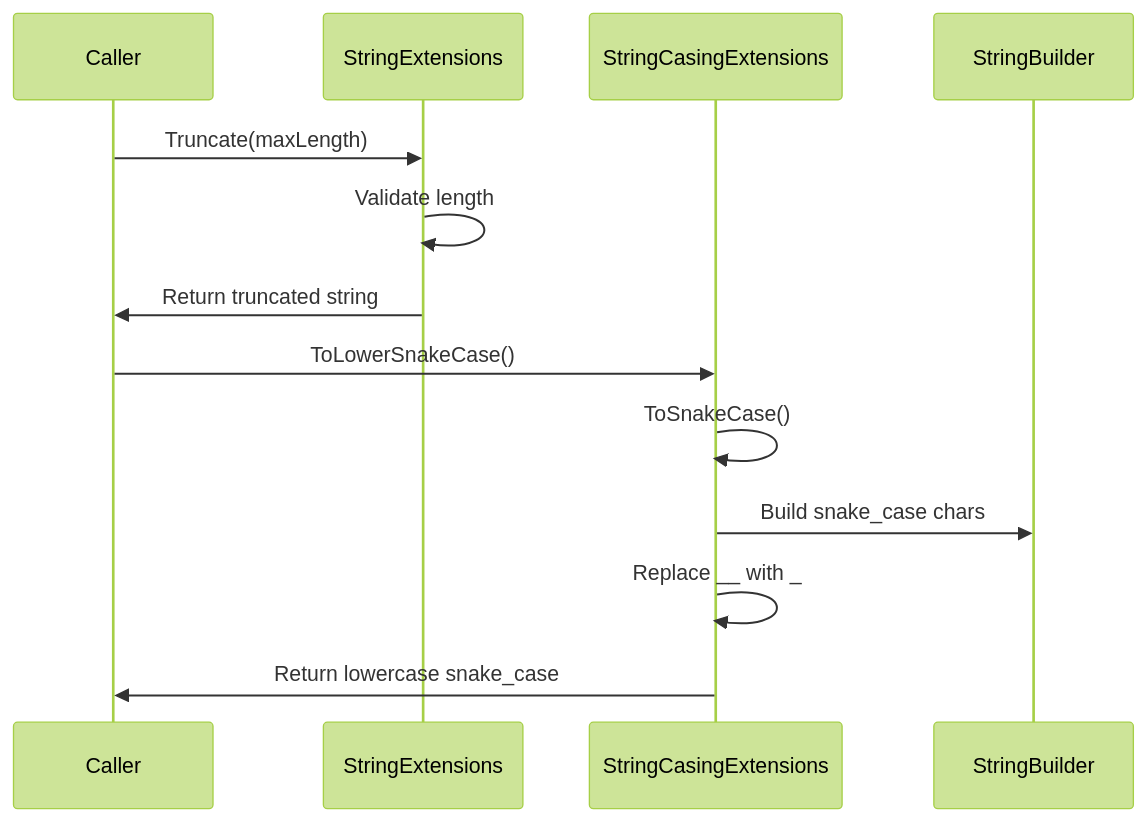
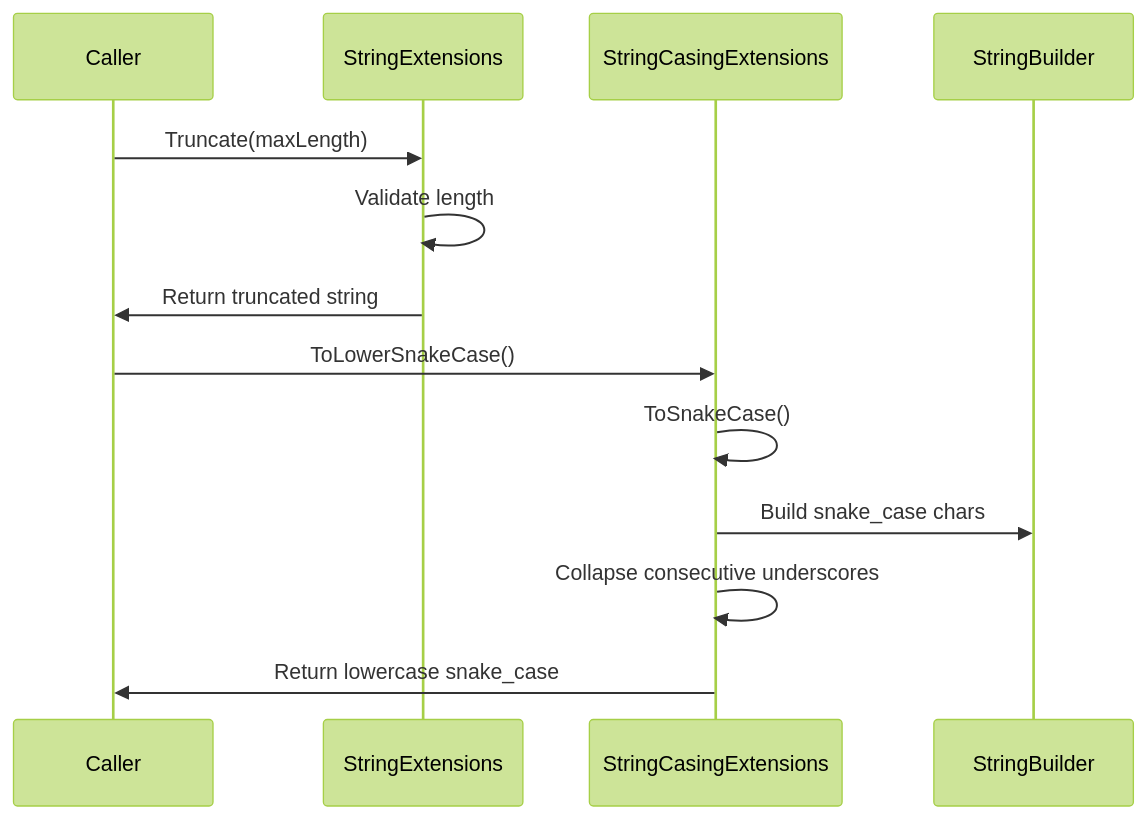
Before and after one commit to hmlendea/nuciextensions: the third of 6 diagrams in ARCHITECTURE.md, drawn with Mermaid (forest theme). The commit also changed other lines of this file and 7 other files, not shown here.

````diff
--- a/ARCHITECTURE.md
+++ b/ARCHITECTURE.md
@@ -200,11 +200,11 @@
 ```mermaid
 sequenceDiagram
     Caller->>StringExtensions: Truncate(maxLength)
     StringExtensions->>StringExtensions: Validate length
     StringExtensions->>Caller: Return truncated string
     Caller->>StringCasingExtensions: ToLowerSnakeCase()
     StringCasingExtensions->>StringCasingExtensions: ToSnakeCase()
     StringCasingExtensions->>StringBuilder: Build snake_case chars
-    StringCasingExtensions->>StringCasingExtensions: Replace __ with _
+    StringCasingExtensions->>StringCasingExtensions: Collapse consecutive underscores
     StringCasingExtensions->>Caller: Return lowercase snake_case
 ```
````
